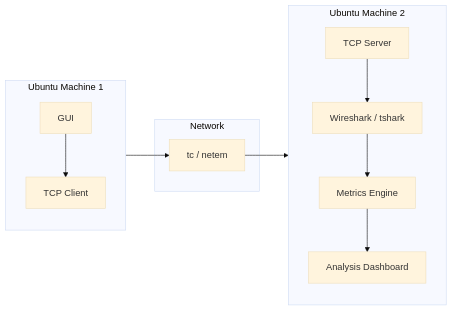
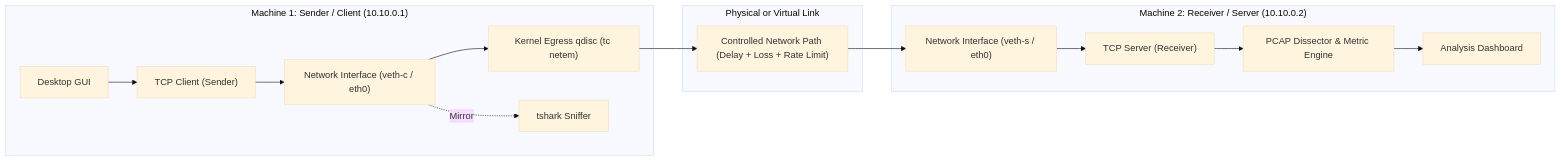
Before and after one commit to Anubothu-Aravind/NetScope: the second of 5 diagrams in readme.md, drawn with Mermaid (base theme). The commit also changed other lines of this file and 14 other files, not shown here.

````diff
--- a/readme.md
+++ b/readme.md
@@ -125,26 +169,33 @@
 ```mermaid
 flowchart LR
-    subgraph D1["Ubuntu Machine 1"]
-        GUI1["GUI"]
-        CLIENT["TCP Client"]
-        GUI1 --> CLIENT
+    subgraph Machine1["Machine 1: Sender / Client (10.10.0.1)"]
+        UI1["Desktop GUI"]
+        SenderApp["TCP Client (Sender)"]
+        VethC["Network Interface (veth-c / eth0)"]
+        Qdisc["Kernel Egress qdisc (tc netem)"]
+        Sniff["tshark Sniffer"]
+
+        UI1 --> SenderApp
+        SenderApp --> VethC
+        VethC --> Qdisc
+        VethC -. "Mirror" .-> Sniff
     end
 
-    subgraph NET["Network"]
-        IMP["tc / netem"]
+    subgraph Network["Physical or Virtual Link"]
+        Wire["Controlled Network Path (Delay + Loss + Rate Limit)"]
     end
 
-    subgraph D2["Ubuntu Machine 2"]
-        SERVER["TCP Server"]
-        GUI2["Analysis Dashboard"]
-        CAP["Wireshark / tshark"]
-        METRICS["Metrics Engine"]
+    subgraph Machine2["Machine 2: Receiver / Server (10.10.0.2)"]
+        VethS["Network Interface (veth-s / eth0)"]
+        ReceiverApp["TCP Server (Receiver)"]
+        Analyzer["PCAP Dissector & Metric Engine"]
+        Dashboard["Analysis Dashboard"]
 
-        SERVER --> CAP
-        CAP --> METRICS
-        METRICS --> GUI2
+        VethS --> ReceiverApp
+        ReceiverApp --> Analyzer
+        Analyzer --> Dashboard
     end
 
-    D1 --> IMP
-    IMP --> D2
+    Qdisc --> Wire
+    Wire --> VethS
 ```
````
